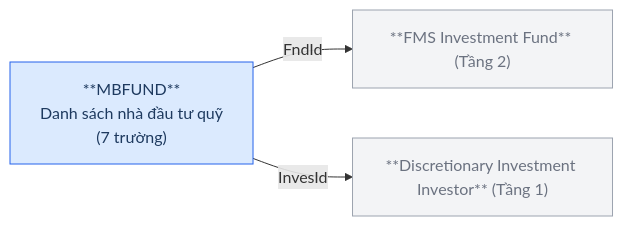
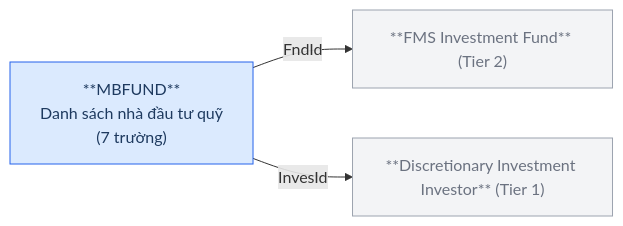
Before and after one commit to linhlvit/ubck_atomic_design: the first of 12 diagrams in Silver/hld/FMS_HLD_Tier3.md, drawn with Mermaid. The commit also changed other lines of this file and 111 other files, not shown here.

````diff
--- a/Silver/hld/FMS_HLD_Tier3.md
+++ b/Silver/hld/FMS_HLD_Tier3.md
@@ -47,12 +41,12 @@
 ```mermaid
 graph LR
     classDef src fill:#dbeafe,stroke:#2563eb,color:#1e3a5f
     classDef ref fill:#f3f4f6,stroke:#9ca3af,color:#6b7280
 
-    FUNDS["**FMS Investment Fund** (Tầng 2)"]:::ref
-    INVES["**Discretionary Investment Investor** (Tầng 1)"]:::ref
+    FUNDS["**FMS Investment Fund** (Tier 2)"]:::ref
+    INVES["**Discretionary Investment Investor** (Tier 1)"]:::ref
     MBFUND["**MBFUND**\nDanh sách nhà đầu tư quỹ\n(7 trường)"]:::src
 
     MBFUND -->|FndId| FUNDS
     MBFUND -->|InvesId| INVES
 ```
````
